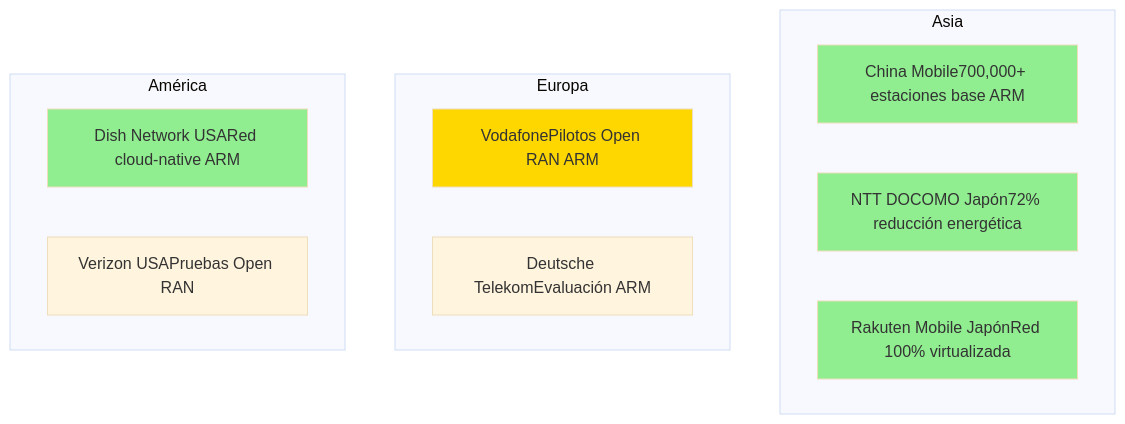
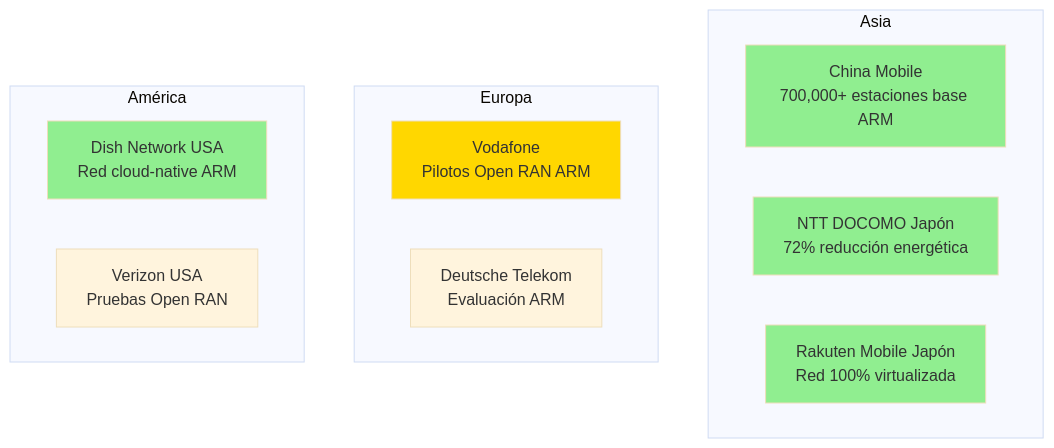
One commit to tectijuana/interfaz changed the ninth of 14 diagrams in docs/research26a/ARM en redes, 5G y telecomunicaciones/readme.md. Above: the diagram before and after it, drawn with Mermaid. The commit also changed other lines of this file, not shown here.

````diff
--- a/docs/research26a/ARM en redes, 5G y telecomunicaciones/readme.md
+++ b/docs/research26a/ARM en redes, 5G y telecomunicaciones/readme.md
@@ -401,25 +375,25 @@
 ```mermaid
 %%{init: {"theme": "base"}}%%
 graph TB
     subgraph "Asia"
-        A1[China Mobile700,000+ estaciones base ARM]
-        A2[NTT DOCOMO Japón72% reducción energética]
-        A3[Rakuten Mobile JapónRed 100% virtualizada]
+        A1[China Mobile<br/>700,000+ estaciones base ARM]
+        A2[NTT DOCOMO Japón<br/>72% reducción energética]
+        A3[Rakuten Mobile Japón<br/>Red 100% virtualizada]
     end
     
     subgraph "Europa"
-        B1[VodafonePilotos Open RAN ARM]
-        B2[Deutsche TelekomEvaluación ARM]
+        B1[Vodafone<br/>Pilotos Open RAN ARM]
+        B2[Deutsche Telekom<br/>Evaluación ARM]
     end
     
     subgraph "América"
-        C1[Dish Network USARed cloud-native ARM]
-        C2[Verizon USAPruebas Open RAN]
+        C1[Dish Network USA<br/>Red cloud-native ARM]
+        C2[Verizon USA<br/>Pruebas Open RAN]
     end
     
     style A1 fill:#90EE90
     style A2 fill:#90EE90
     style A3 fill:#90EE90
     style B1 fill:#FFD700
     style C1 fill:#90EE90
 ```
````
